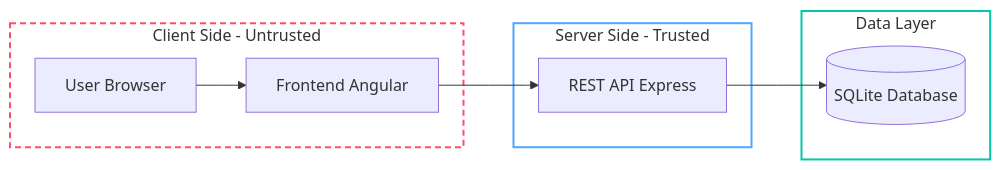
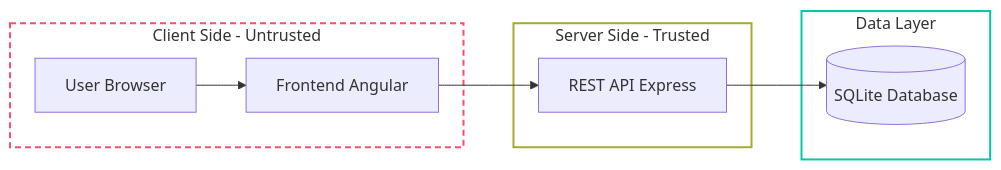
The diagram in Mermaid.md (ZanAJA/PAW), drawn with Mermaid before and after one commit. The commit also changed other lines of this file, not shown here.

````diff
--- a/Mermaid.md
+++ b/Mermaid.md
@@ -3,24 +1,24 @@
 ```mermaid
 flowchart LR
 
     subgraph CLIENT["Client Side - Untrusted"]
         U[User Browser]
         F[Frontend Angular]
         U --> F
     end
 
     subgraph SERVER["Server Side - Trusted"]
         A[REST API Express]
     end
 
     subgraph DATA["Data Layer"]
         D[(SQLite Database)]
     end
 
     F --> A
     A --> D
 
     style CLIENT fill:none,stroke:#ff4d6d,stroke-width:2px,stroke-dasharray:6 4
-    style SERVER fill:none,stroke:#4da6ff,stroke-width:2px
+    style SERVER fill:none,stroke-width:2px
     style DATA fill:none,stroke:#00c9a7,stroke-width:2px
 ```
````
